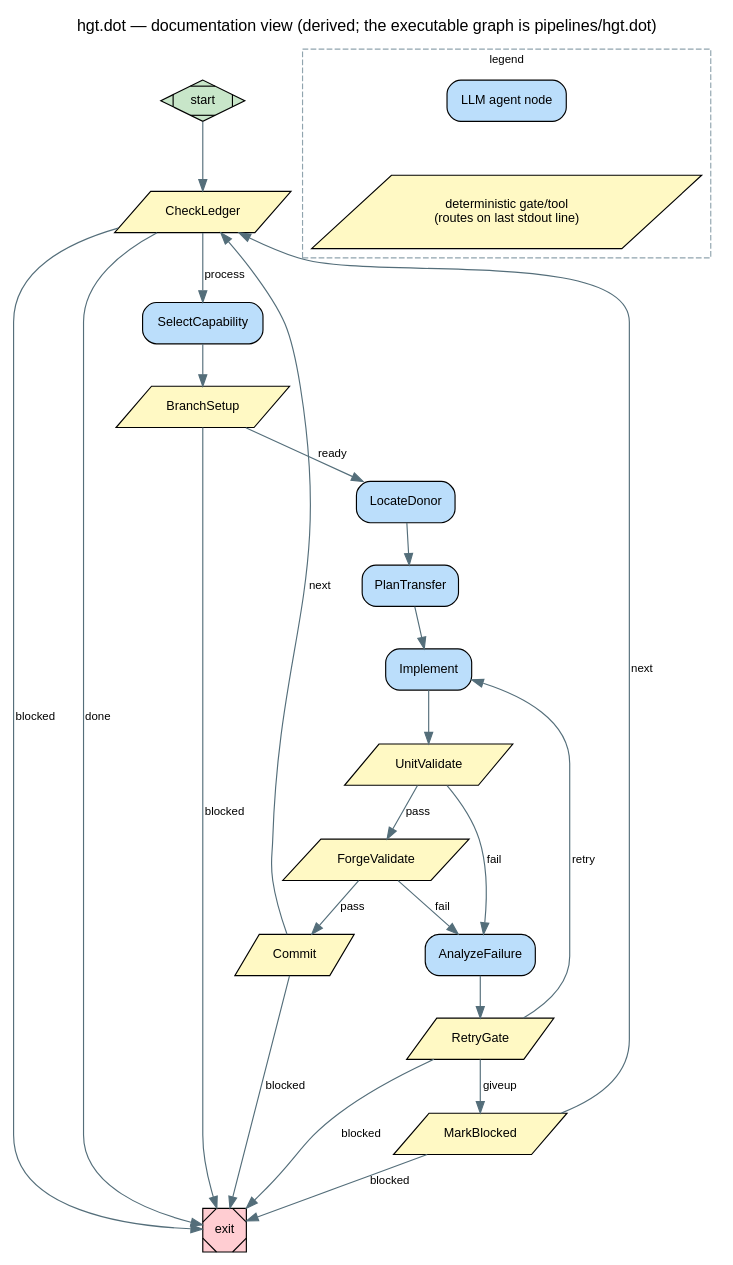
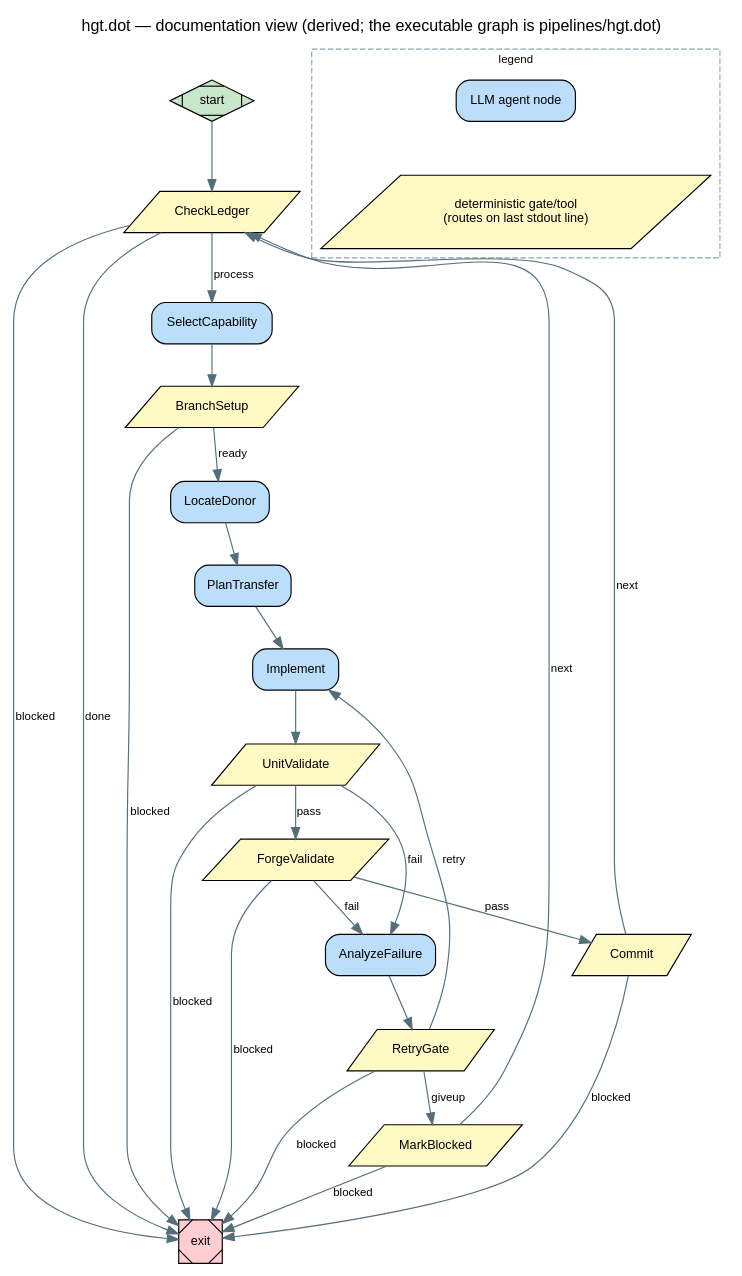
One commit to michaeljabbour/amplifier-capability-transfer changed the diagram in docs/diagrams/hgt.dot. Above: the diagram before and after it, drawn with Graphviz. The commit also changed 19 other files, not shown here.

```diff
--- a/docs/diagrams/hgt.dot
+++ b/docs/diagrams/hgt.dot
@@ -1,47 +1,49 @@
 digraph hgt_doc {
   rankdir=TB; fontname="Helvetica"; labelloc=t;
   label="hgt.dot — documentation view (derived; the executable graph is pipelines/hgt.dot)";
   node [fontname="Helvetica", fontsize=11]; edge [fontname="Helvetica", fontsize=10, color="#546e7a"];
   start [shape=Mdiamond, style=filled, fillcolor="#c8e6c9"];
   CheckLedger [shape=parallelogram, style=filled, fillcolor="#fff9c4"];
   SelectCapability [shape=box, style="rounded,filled", fillcolor="#bbdefb"];
   BranchSetup [shape=parallelogram, style=filled, fillcolor="#fff9c4"];
   LocateDonor [shape=box, style="rounded,filled", fillcolor="#bbdefb"];
   PlanTransfer [shape=box, style="rounded,filled", fillcolor="#bbdefb"];
   Implement [shape=box, style="rounded,filled", fillcolor="#bbdefb"];
   UnitValidate [shape=parallelogram, style=filled, fillcolor="#fff9c4"];
   ForgeValidate [shape=parallelogram, style=filled, fillcolor="#fff9c4"];
   AnalyzeFailure [shape=box, style="rounded,filled", fillcolor="#bbdefb"];
   RetryGate [shape=parallelogram, style=filled, fillcolor="#fff9c4"];
   Commit [shape=parallelogram, style=filled, fillcolor="#fff9c4"];
   MarkBlocked [shape=parallelogram, style=filled, fillcolor="#fff9c4"];
   exit [shape=Msquare, style=filled, fillcolor="#ffcdd2"];
   CheckLedger -> exit [label="blocked"];
   RetryGate -> exit [label="blocked"];
   Commit -> exit [label="blocked"];
   MarkBlocked -> exit [label="blocked"];
+  UnitValidate -> exit [label="blocked"];
+  ForgeValidate -> exit [label="blocked"];
   start -> CheckLedger;
   CheckLedger -> exit [label="done"];
   CheckLedger -> SelectCapability [label="process"];
   SelectCapability -> BranchSetup;
   BranchSetup -> LocateDonor [label="ready"];
   BranchSetup -> exit [label="blocked"];
   LocateDonor -> PlanTransfer;
   PlanTransfer -> Implement;
   Implement -> UnitValidate;
   UnitValidate -> ForgeValidate [label="pass"];
   UnitValidate -> AnalyzeFailure [label="fail"];
   ForgeValidate -> Commit [label="pass"];
   ForgeValidate -> AnalyzeFailure [label="fail"];
   AnalyzeFailure -> RetryGate;
   RetryGate -> Implement [label="retry"];
   RetryGate -> MarkBlocked [label="giveup"];
   Commit -> CheckLedger [label="next"];
   MarkBlocked -> CheckLedger [label="next"];
   subgraph cluster_legend {
     label="legend"; fontsize=10; style=dashed; color="#90a4ae";
     l1 [shape=box, style="rounded,filled", fillcolor="#bbdefb", label="LLM agent node"];
     l2 [shape=parallelogram, style=filled, fillcolor="#fff9c4", label="deterministic gate/tool\n(routes on last stdout line)"];
     l1 -> l2 [label="edge label = routing value", style=invis];
   }
 }
```
